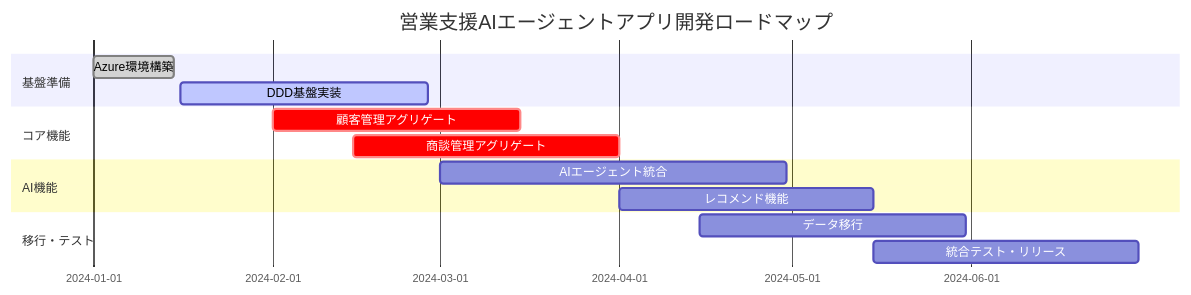
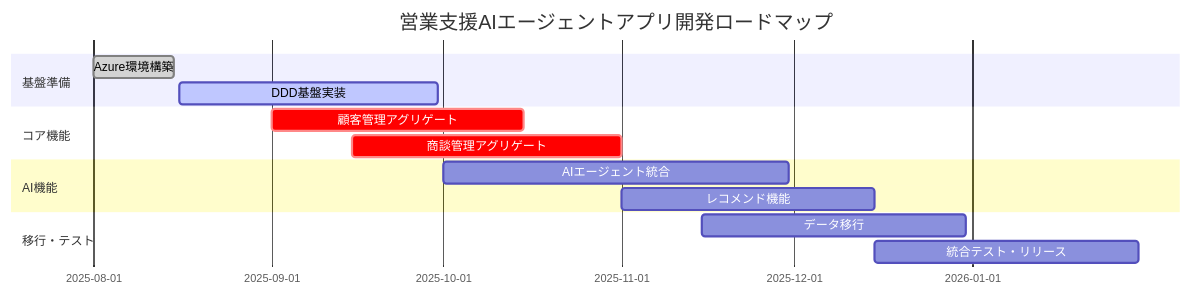
One commit to kohei3110/DDD-Hands-on-Lab changed the second of 3 diagrams in workshop-part5-closing.md. Above: the diagram before and after it, drawn with Mermaid. The commit also changed other lines of this file, not shown here.

Commit message:
Refactor Part 5 content: update value-risk analysis chart, adjust project timelines, and enhance clarity on execution priorities

````diff
--- a/workshop-part5-closing.md
+++ b/workshop-part5-closing.md
@@ -140,17 +144,17 @@
 ```mermaid
 gantt
     title 営業支援AIエージェントアプリ開発ロードマップ
     dateFormat  YYYY-MM-DD
     section 基盤準備
-    Azure環境構築      :done, env, 2024-01-01, 2024-01-15
-    DDD基盤実装       :active, ddd, 2024-01-16, 2024-02-28
+    Azure環境構築      :done, env, 2025-08-01, 2025-08-15
+    DDD基盤実装       :active, ddd, 2025-08-16, 2025-09-30
     section コア機能
-    顧客管理アグリゲート :crit, customer, 2024-02-01, 2024-03-15
-    商談管理アグリゲート :crit, deal, 2024-02-15, 2024-04-01
+    顧客管理アグリゲート :crit, customer, 2025-09-01, 2025-10-15
+    商談管理アグリゲート :crit, deal, 2025-09-15, 2025-11-01
     section AI機能
-    AIエージェント統合  :ai, 2024-03-01, 2024-04-30
-    レコメンド機能     :rec, 2024-04-01, 2024-05-15
+    AIエージェント統合  :ai, 2025-10-01, 2025-11-30
+    レコメンド機能     :rec, 2025-11-01, 2025-12-15
     section 移行・テスト
-    データ移行        :migration, 2024-04-15, 2024-05-31
-    統合テスト・リリース :testing, 2024-05-15, 2024-06-30
+    データ移行        :migration, 2025-11-15, 2025-12-31
+    統合テスト・リリース :testing, 2025-12-15, 2026-01-30
 ```
````
